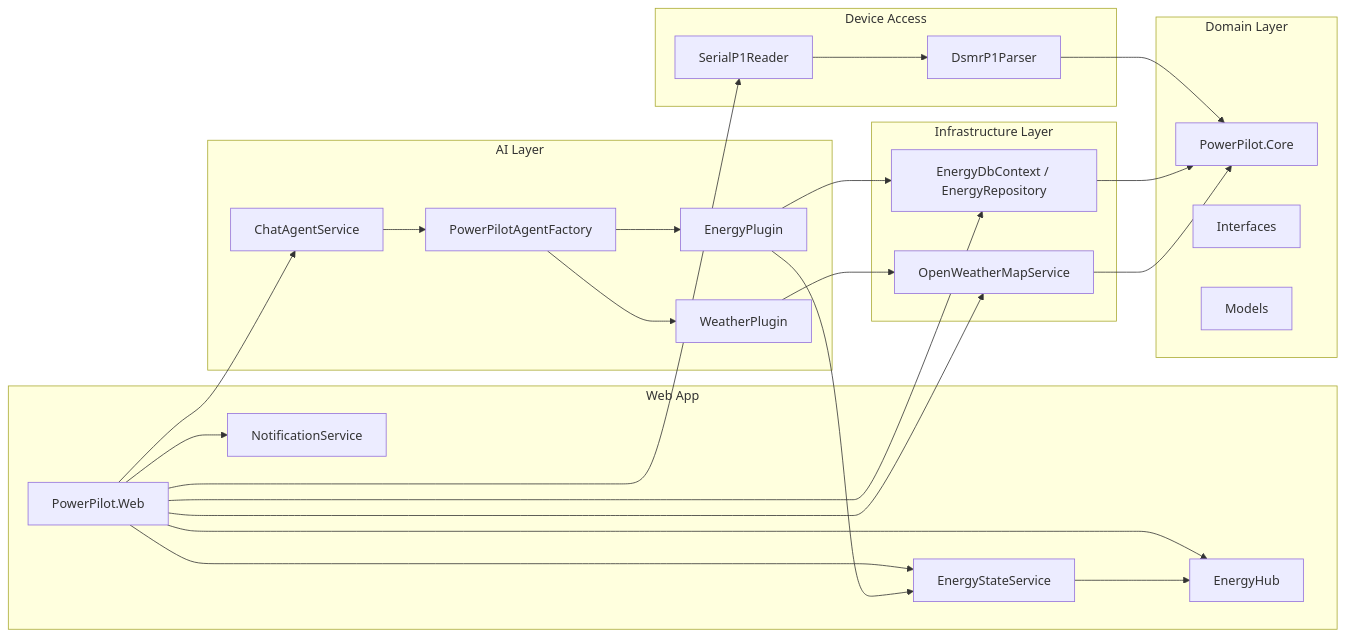
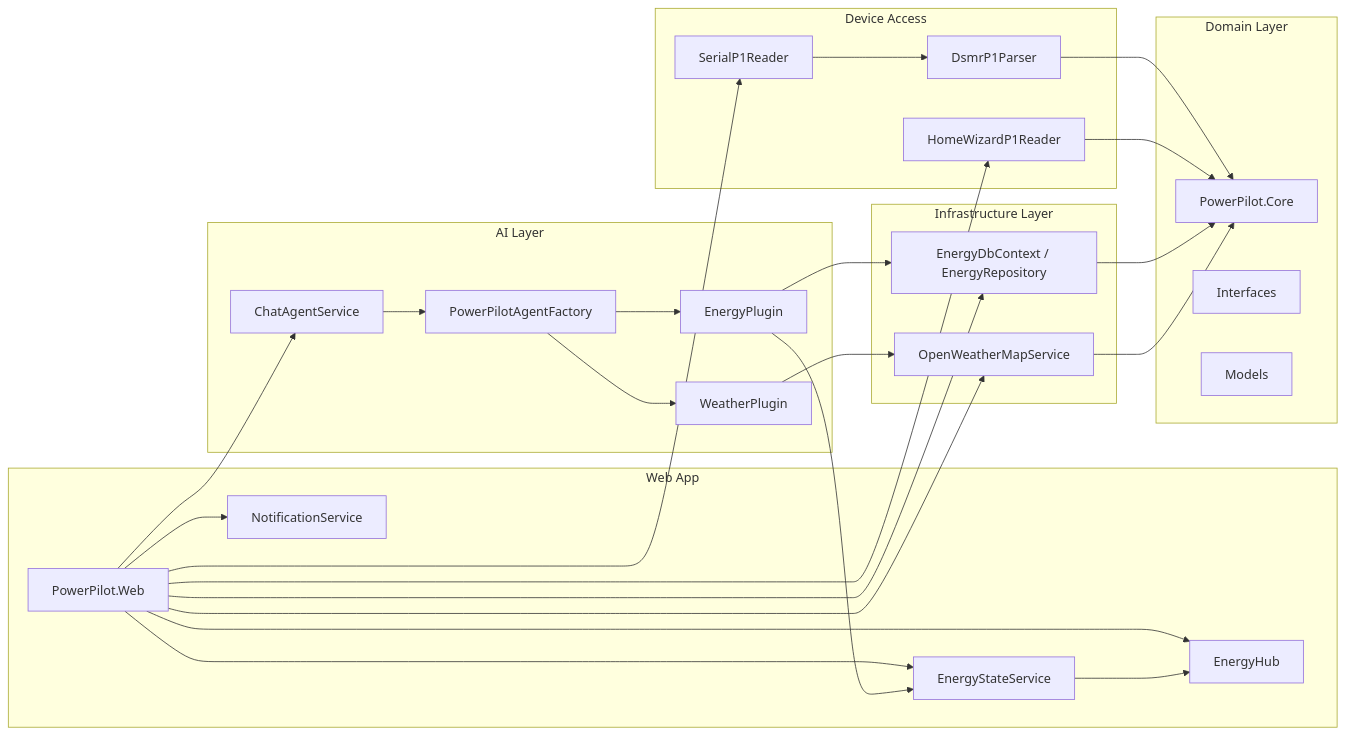
One commit to wullemsb/PowerPilot changed the diagram in README.md. Above: the diagram before and after it, drawn with Mermaid. The commit also changed other lines of this file and 1 other file, not shown here.

````diff
--- a/README.md
+++ b/README.md
@@ -36,55 +36,58 @@
 ```mermaid
 flowchart LR
  
   subgraph Presentation[Web App]
     Web[PowerPilot.Web]
     Hub[EnergyHub]
     State[EnergyStateService]
     Notify[NotificationService]
   end
 
   subgraph Intelligence[AI Layer]
     Chat[ChatAgentService]
     Factory[PowerPilotAgentFactory]
     EnergyPlugin[EnergyPlugin]
     WeatherPlugin[WeatherPlugin]
   end
 
   subgraph Domain[Domain Layer]
     Core[PowerPilot.Core]
     Interfaces[Interfaces]
     Models[Models]
   end
 
   subgraph Infrastructure[Infrastructure Layer]
     Db[EnergyDbContext / EnergyRepository]
     Weather[OpenWeatherMapService]
   end
 
   subgraph Devices[Device Access]
-    P1Reader[SerialP1Reader]
+    SerialReader[SerialP1Reader]
+    HomeWizardReader[HomeWizardP1Reader]
     Parser[DsmrP1Parser]
   end
 
 
   Web --> Hub
   Web --> State
   Web --> Notify
   Web --> Chat
   Web --> Db
   Web --> Weather
-  Web --> P1Reader
+  Web --> SerialReader
+  Web --> HomeWizardReader
 
   Chat --> Factory
   Factory --> EnergyPlugin
   Factory --> WeatherPlugin
   EnergyPlugin --> Db
   EnergyPlugin --> State
   WeatherPlugin --> Weather
 
-  P1Reader --> Parser
+  SerialReader --> Parser
   Parser --> Core
+  HomeWizardReader --> Core
   Db --> Core
   Weather --> Core
   State --> Hub
 ```
````
